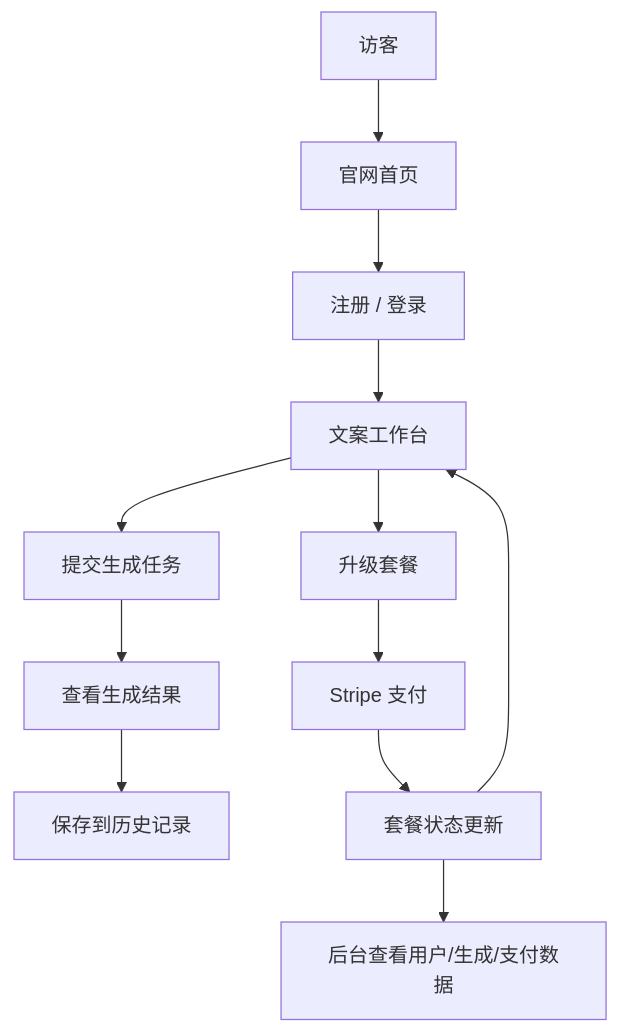
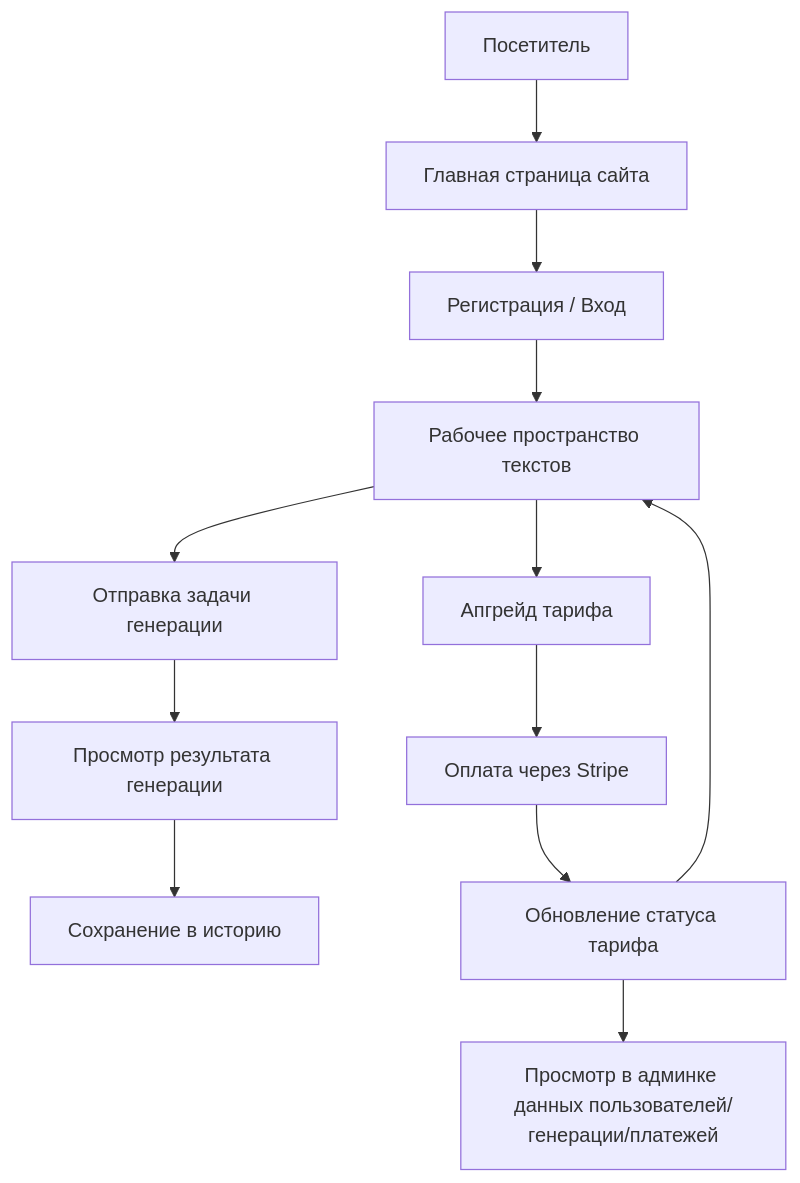
The second of 2 diagrams in docs/ru-ru/stage-2/assignments/copywriting-platform-supabase/PRD.md (Libertad-Harbour-LLC/study_vibe), drawn with Mermaid before and after one commit. The commit also changed other lines of this file and 14 other files, not shown here.

````diff
--- a/docs/ru-ru/stage-2/assignments/copywriting-platform-supabase/PRD.md
+++ b/docs/ru-ru/stage-2/assignments/copywriting-platform-supabase/PRD.md
@@ -217,14 +217,14 @@
 ```mermaid
 flowchart TD
-  visitor["访客"] --> home["官网首页"]
-  home --> register["注册 / 登录"]
-  register --> workspace["文案工作台"]
-  workspace --> generate["提交生成任务"]
-  generate --> result["查看生成结果"]
-  result --> history["保存到历史记录"]
-  workspace --> billing["升级套餐"]
-  billing --> pay["Stripe 支付"]
-  pay --> plan["套餐状态更新"]
+  visitor["Посетитель"] --> home["Главная страница сайта"]
+  home --> register["Регистрация / Вход"]
+  register --> workspace["Рабочее пространство текстов"]
+  workspace --> generate["Отправка задачи генерации"]
+  generate --> result["Просмотр результата генерации"]
+  result --> history["Сохранение в историю"]
+  workspace --> billing["Апгрейд тарифа"]
+  billing --> pay["Оплата через Stripe"]
+  pay --> plan["Обновление статуса тарифа"]
   plan --> workspace
-  plan --> admin["后台查看用户/生成/支付数据"]
+  plan --> admin["Просмотр в админке данных пользователей/генерации/платежей"]
 ```
````
